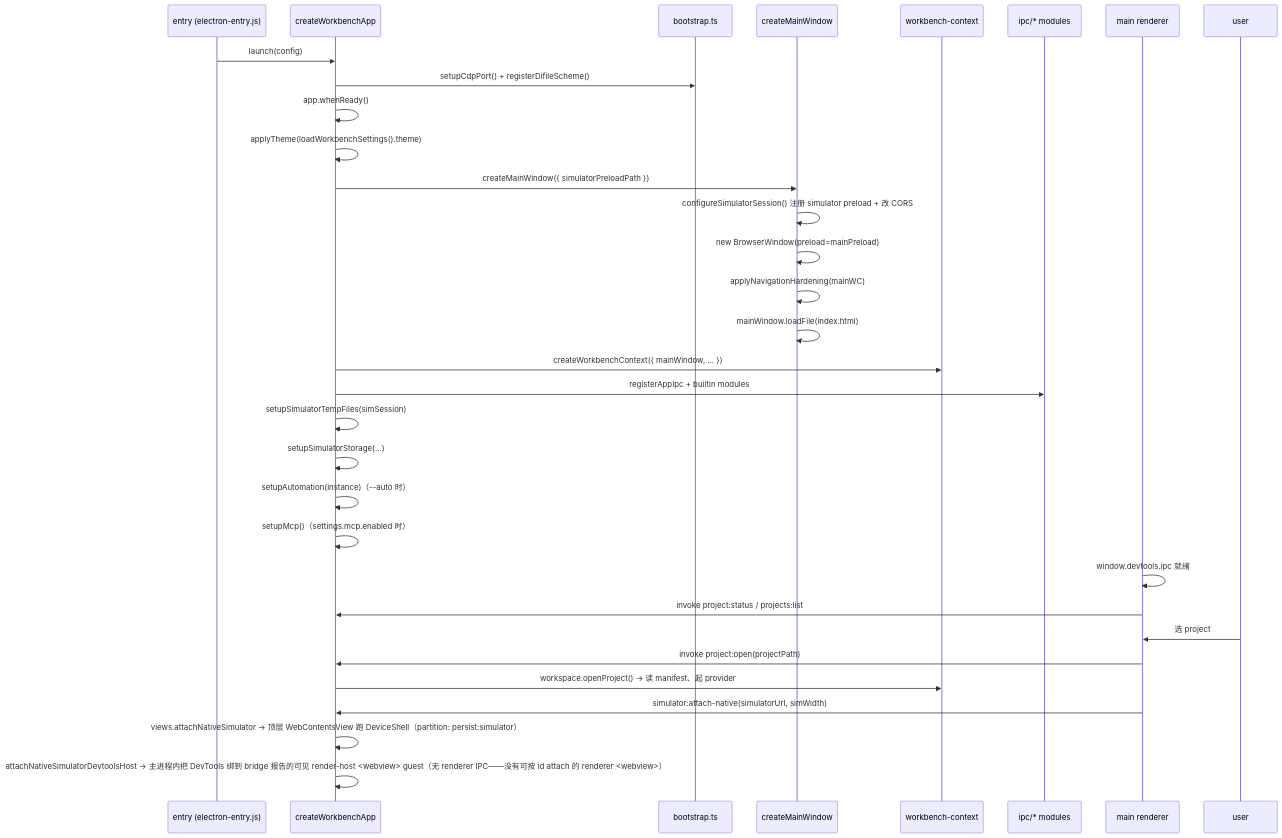
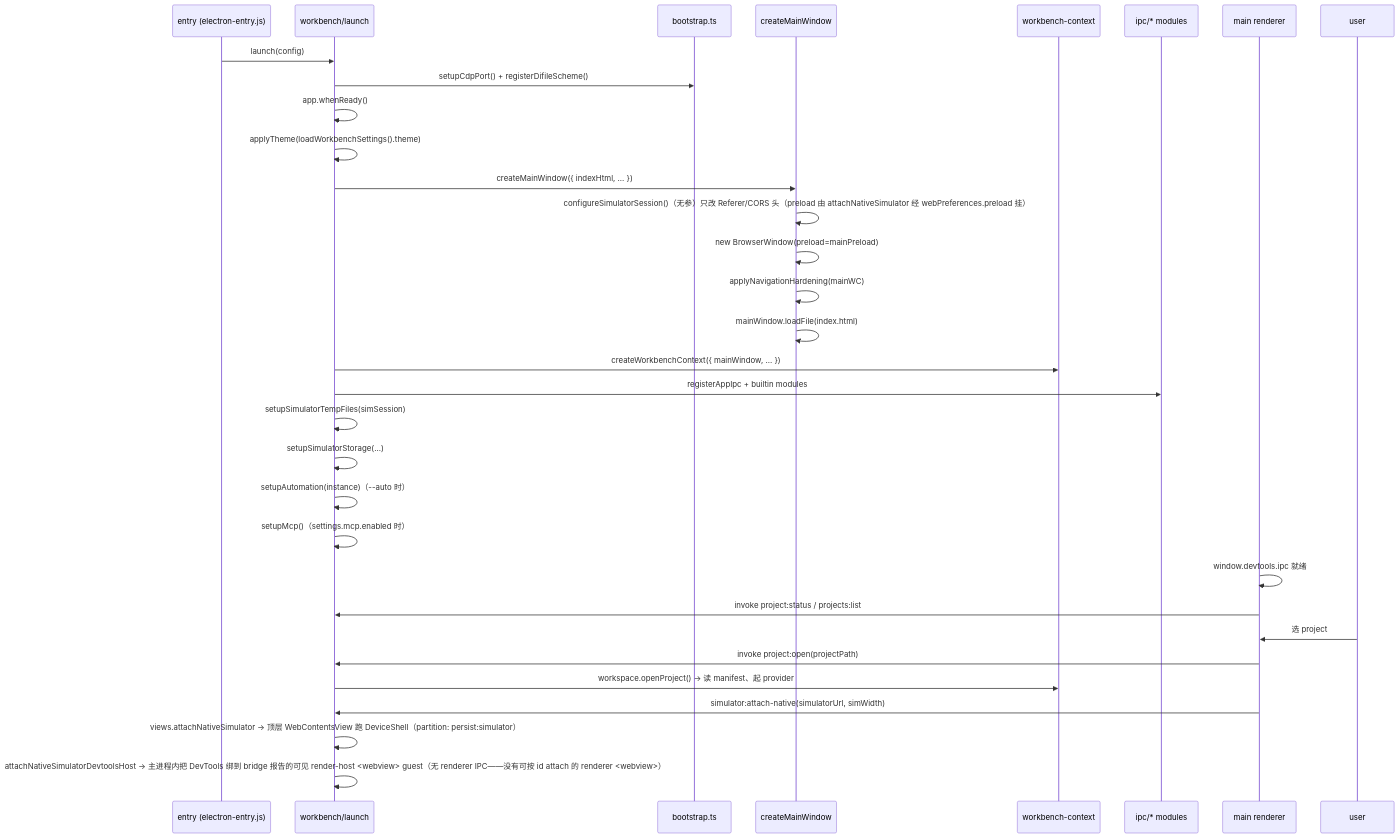
Before and after one commit to EchoTechFE/dimina-kit: the diagram in packages/devtools/docs/electron-container.md, drawn with Mermaid. The commit also changed other lines of this file and 253 other files, not shown here.

````diff
--- a/packages/devtools/docs/electron-container.md
+++ b/packages/devtools/docs/electron-container.md
@@ -354,35 +356,35 @@
 ```mermaid
 sequenceDiagram
   participant Entry as entry (electron-entry.js)
-  participant App as createWorkbenchApp
+  participant App as workbench/launch
   participant Boot as bootstrap.ts
   participant Win as createMainWindow
   participant Ctx as workbench-context
   participant Ipc as ipc/* modules
   participant R as main renderer
   participant U as user
 
   Entry->>App: launch(config)
   App->>Boot: setupCdpPort() + registerDifileScheme()
   App->>App: app.whenReady()
   App->>App: applyTheme(loadWorkbenchSettings().theme)
-  App->>Win: createMainWindow({ simulatorPreloadPath })
-  Win->>Win: configureSimulatorSession() 注册 simulator preload + 改 CORS
+  App->>Win: createMainWindow({ indexHtml, ... })
+  Win->>Win: configureSimulatorSession()（无参）只改 Referer/CORS 头（preload 由 attachNativeSimulator 经 webPreferences.preload 挂）
   Win->>Win: new BrowserWindow(preload=mainPreload)
   Win->>Win: applyNavigationHardening(mainWC)
   Win->>Win: mainWindow.loadFile(index.html)
   App->>Ctx: createWorkbenchContext({ mainWindow, ... })
   App->>Ipc: registerAppIpc + builtin modules
   App->>App: setupSimulatorTempFiles(simSession)
   App->>App: setupSimulatorStorage(...)
   App->>App: setupAutomation(instance)（--auto 时）
   App->>App: setupMcp()（settings.mcp.enabled 时）
   R->>R: window.devtools.ipc 就绪
   R->>App: invoke project:status / projects:list
   U->>R: 选 project
   R->>App: invoke project:open(projectPath)
   App->>Ctx: workspace.openProject() → 读 manifest、起 provider
   R->>App: simulator:attach-native(simulatorUrl, simWidth)
   App->>App: views.attachNativeSimulator → 顶层 WebContentsView 跑 DeviceShell（partition: persist:simulator）
   App->>App: attachNativeSimulatorDevtoolsHost → 主进程内把 DevTools 绑到 bridge 报告的可见 render-host <webview> guest（无 renderer IPC——没有可按 id attach 的 renderer <webview>）
 ```
````
